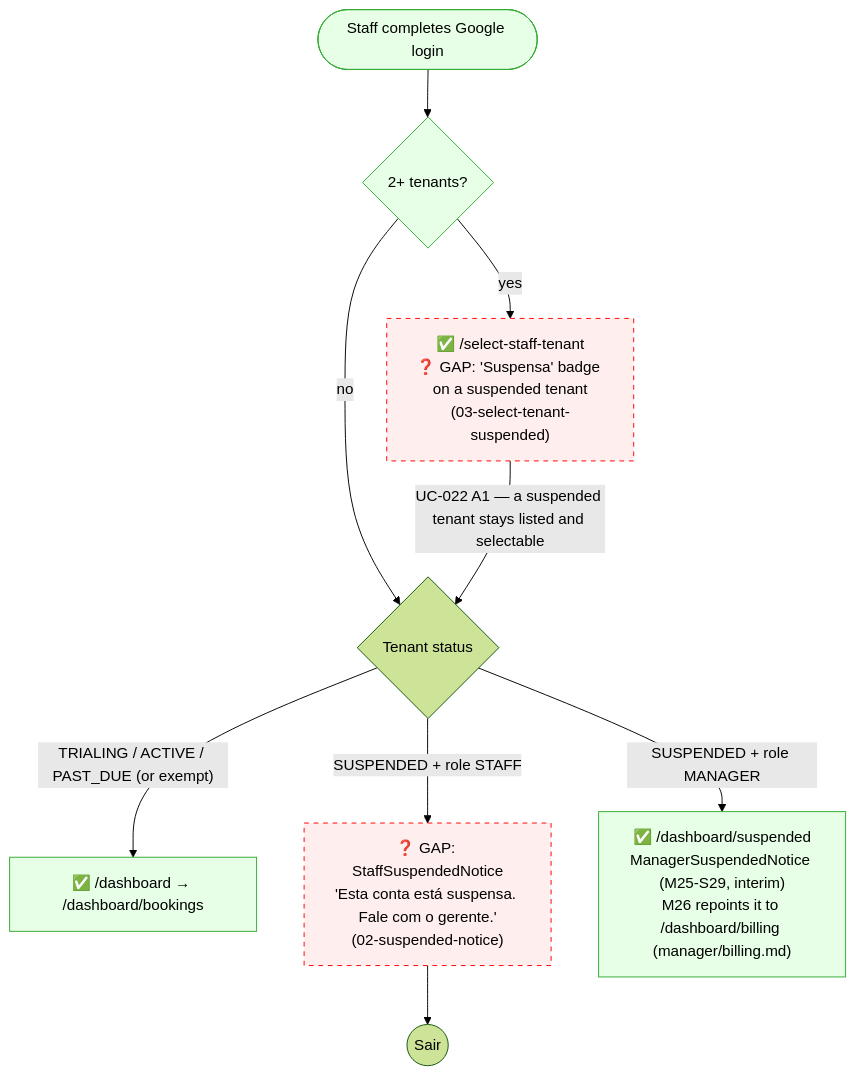
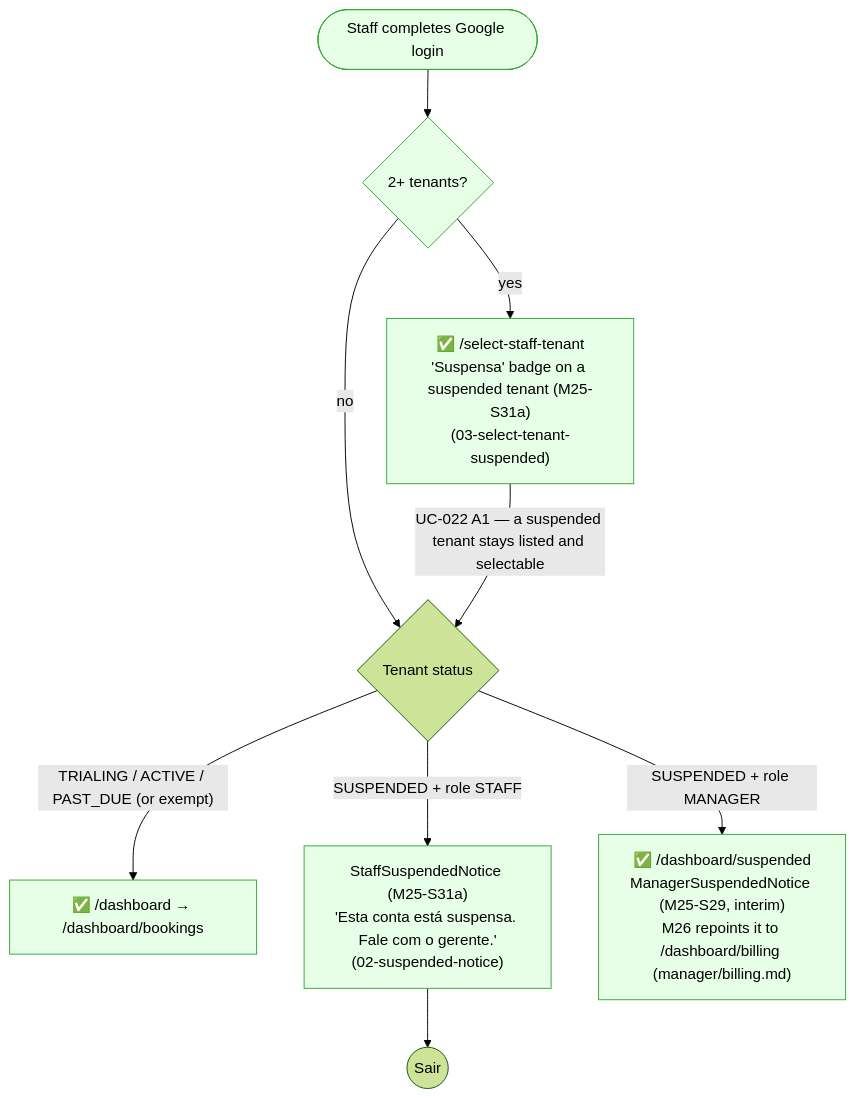
One commit to lmmoreira/ikaro changed the second of 2 diagrams in journeys/staff/login.md. Above: the diagram before and after it, drawn with Mermaid (forest theme). The commit also changed other lines of this file and 140 other files, not shown here.

First line of the commit message:
feat(billing): staff suspended notice, Suspensa badge and the customer Empresa inativa surfaces (M25-S31a) (#808)

````diff
--- a/journeys/staff/login.md
+++ b/journeys/staff/login.md
@@ -86,17 +86,16 @@
 ```mermaid
 flowchart TD
     classDef existing fill:#e6ffe6,stroke:#3a3
     classDef gap stroke:#f00,stroke-dasharray: 5 5,fill:#fee
 
     Done(["Staff completes Google login"]) --> Many{"2+ tenants?"}
-    Many -->|yes| Pick["✅ /select-staff-tenant<br/>❓ GAP: 'Suspensa' badge on a suspended tenant<br/>(03-select-tenant-suspended)"]
+    Many -->|yes| Pick["✅ /select-staff-tenant<br/>'Suspensa' badge on a suspended tenant (M25-S31a)<br/>(03-select-tenant-suspended)"]
     Many -->|no| Status
     Pick -->|"UC-022 A1 — a suspended tenant stays listed and selectable"| Status{"Tenant status"}
     Status -->|"TRIALING / ACTIVE / PAST_DUE (or exempt)"| Queue["✅ /dashboard → /dashboard/bookings"]
-    Status -->|"SUSPENDED + role STAFF"| Notice["❓ GAP: StaffSuspendedNotice<br/>'Esta conta está suspensa. Fale com o gerente.'<br/>(02-suspended-notice)"]
+    Status -->|"SUSPENDED + role STAFF"| Notice["StaffSuspendedNotice (M25-S31a)<br/>'Esta conta está suspensa. Fale com o gerente.'<br/>(02-suspended-notice)"]
     Status -->|"SUSPENDED + role MANAGER"| MgrNotice["✅ /dashboard/suspended<br/>ManagerSuspendedNotice (M25-S29, interim)<br/>M26 repoints it to /dashboard/billing (manager/billing.md)"]
     Notice --> Exit(("Sair"))
 
-    class Done,Many,Queue,MgrNotice existing
-    class Pick,Notice gap
+    class Done,Many,Queue,MgrNotice,Pick,Notice existing
 ```
````
